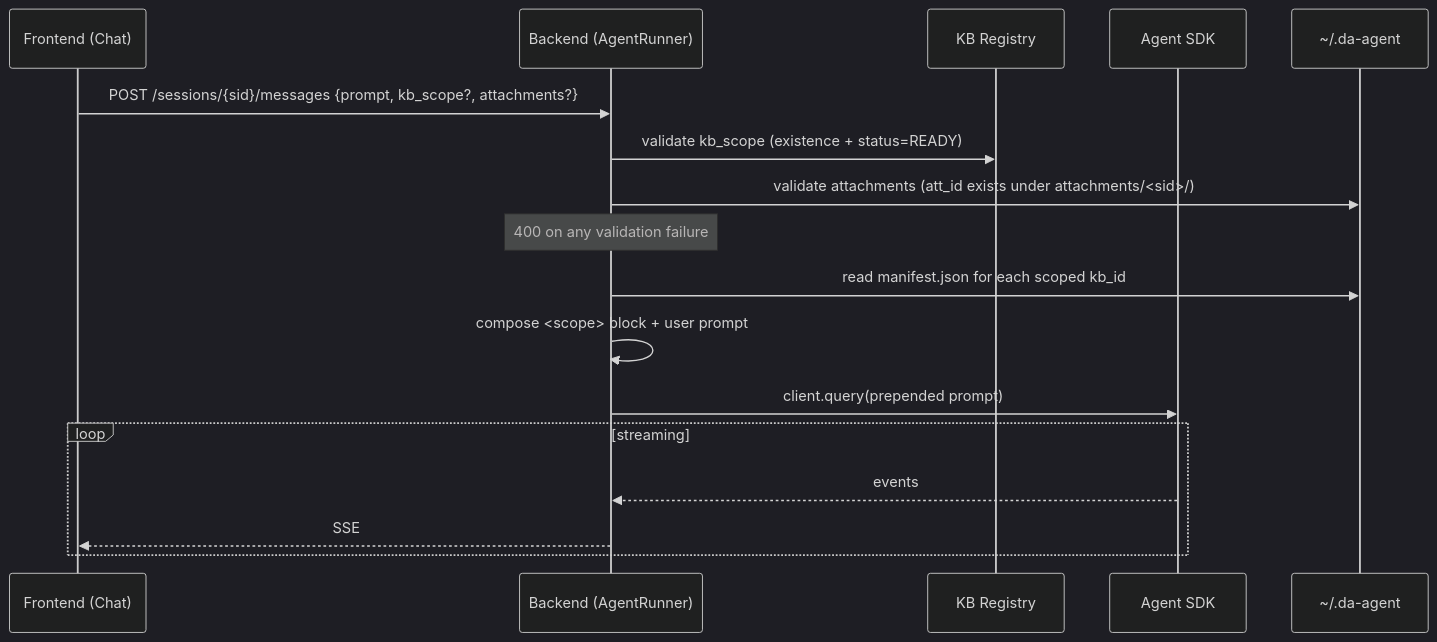
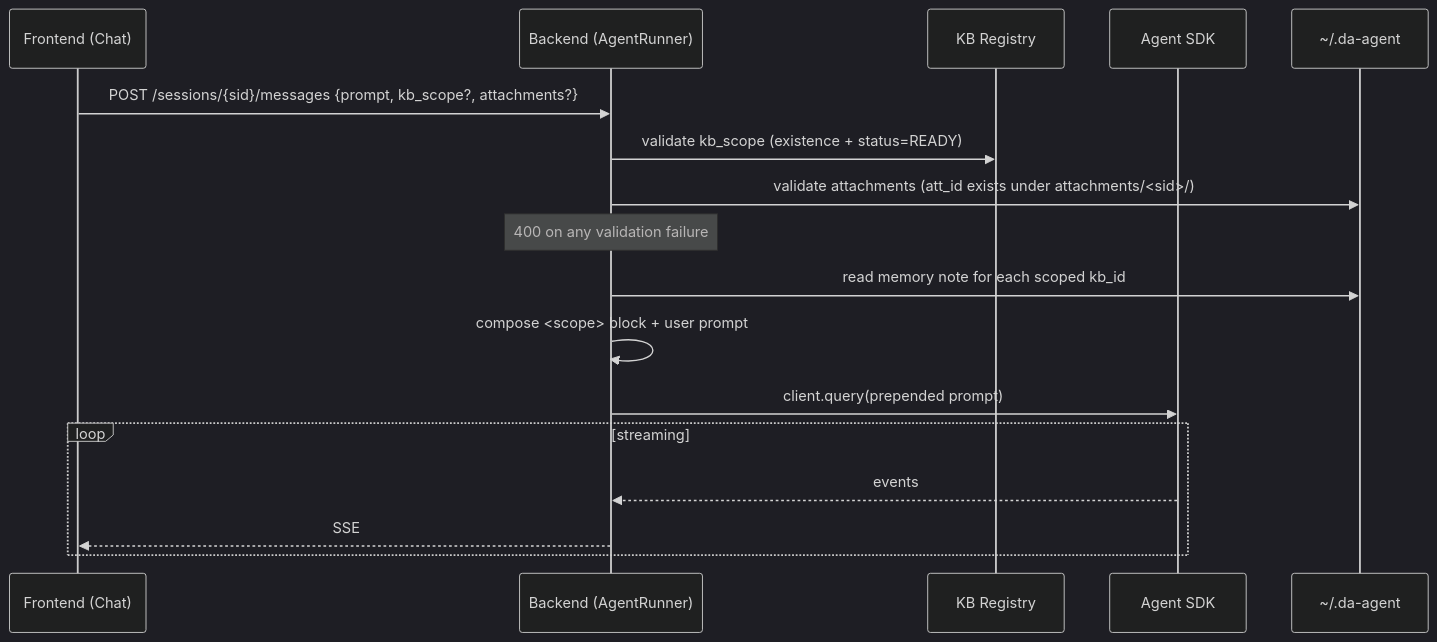
The tenth of 11 diagrams in docs/technical-spec.md (PhuongBui712/da-agent-be), drawn with Mermaid (dark theme) before and after one commit. The commit also changed other lines of this file and 2 other files, not shown here.

````diff
--- a/docs/technical-spec.md
+++ b/docs/technical-spec.md
@@ -749,20 +716,20 @@
 ```mermaid
 sequenceDiagram
   participant FE as Frontend (Chat)
   participant API as Backend (AgentRunner)
   participant Reg as KB Registry
   participant SDK as Agent SDK
   participant FS as ~/.da-agent
 
   FE->>API: POST /sessions/{sid}/messages {prompt, kb_scope?, attachments?}
   API->>Reg: validate kb_scope (existence + status=READY)
   API->>FS: validate attachments (att_id exists under attachments/<sid>/)
   Note over API: 400 on any validation failure
-  API->>FS: read manifest.json for each scoped kb_id
+  API->>FS: read memory note for each scoped kb_id
   API->>API: compose <scope> block + user prompt
   API->>SDK: client.query(prepended prompt)
   loop streaming
     SDK-->>API: events
     API-->>FE: SSE
   end
 ```
````
